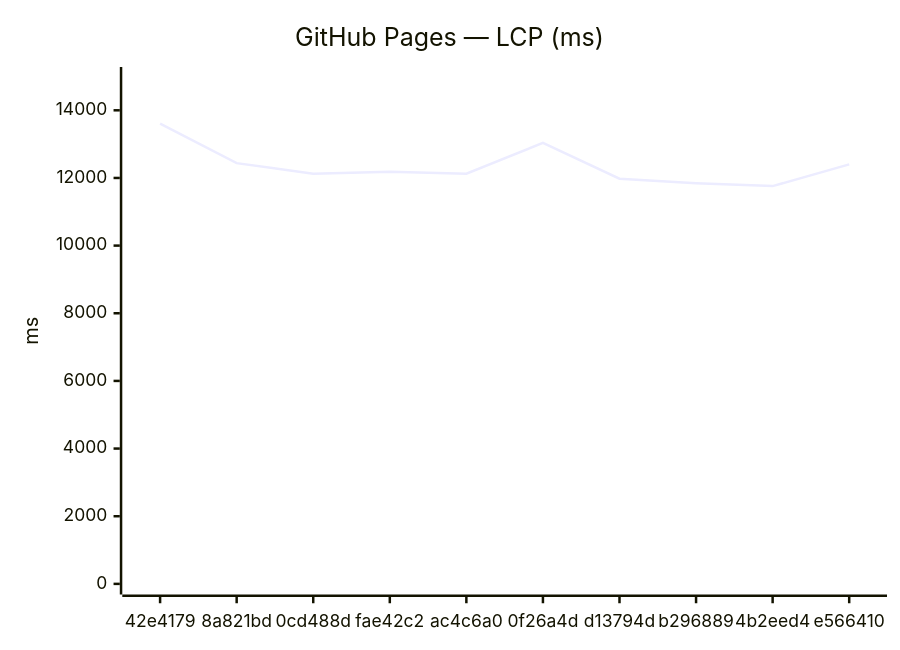
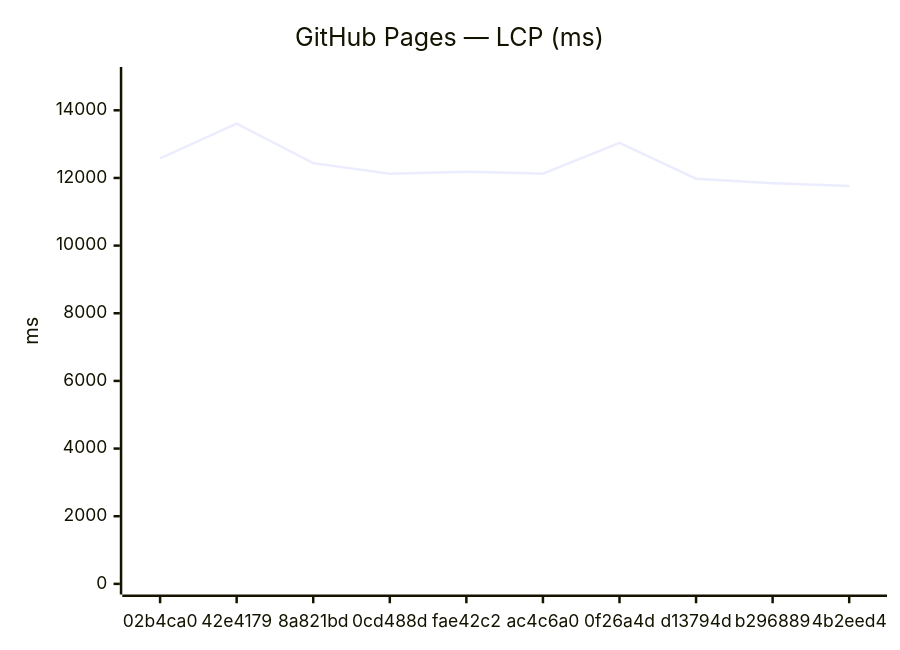
One commit to Metaheurist/Rianell changed the third of 18 diagrams in benchmarks/compare.md. Above: the diagram before and after it, drawn with Mermaid. The commit also changed other lines of this file and 11 other files, not shown here.

````diff
--- a/benchmarks/compare.md
+++ b/benchmarks/compare.md
@@ -54,7 +54,7 @@
 ```mermaid
 xychart-beta
     title "GitHub Pages — LCP (ms)"
-    x-axis ["42e4179", "8a821bd", "0cd488d", "fae42c2", "ac4c6a0", "0f26a4d", "d13794d", "b296889", "4b2eed4", "e566410"]
+    x-axis ["02b4ca0", "42e4179", "8a821bd", "0cd488d", "fae42c2", "ac4c6a0", "0f26a4d", "d13794d", "b296889", "4b2eed4"]
     y-axis "ms" 0 --> 14966
-    line [13605, 12438, 12126, 12180, 12127, 13036, 11979, 11847, 11759, 12402]
+    line [12578, 13605, 12438, 12126, 12180, 12127, 13036, 11979, 11847, 11759]
 ```
````
